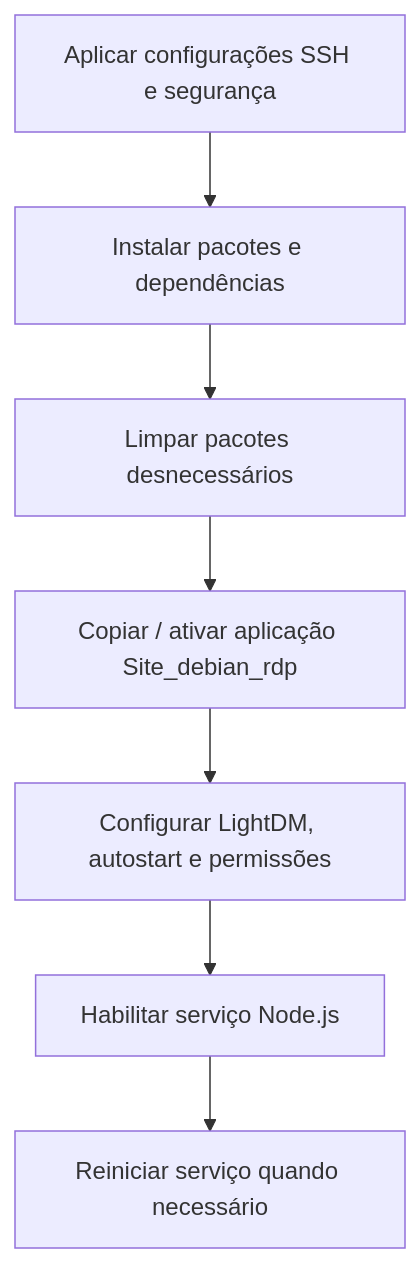
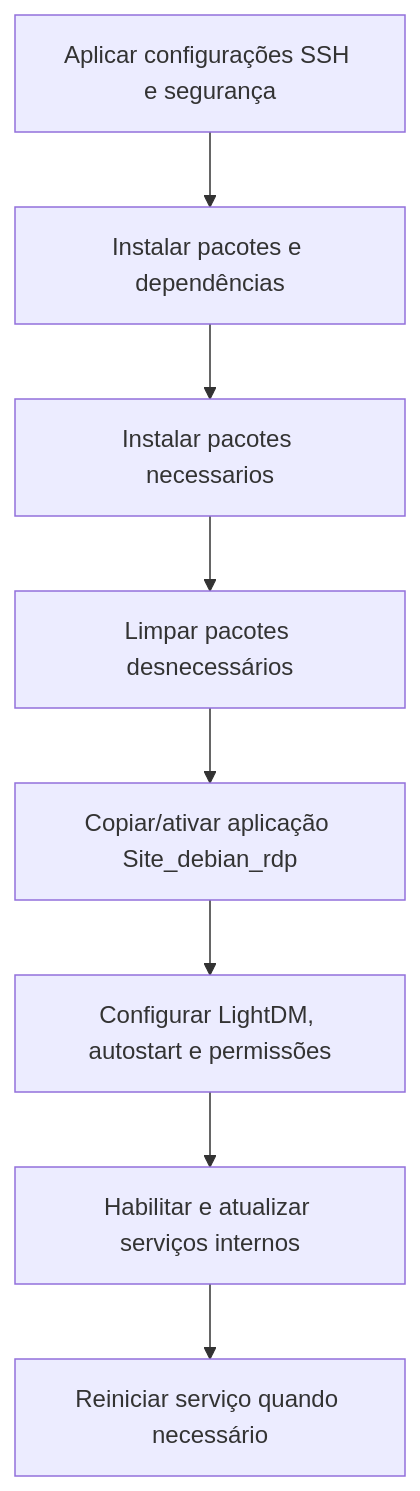
Before and after one commit to Theo-Panella/Project_AOC: the diagram in README.md, drawn with Mermaid.

Commit message:
Update flowchart steps in README.md

````diff
--- a/README.md
+++ b/README.md
@@ -41,9 +41,10 @@
 ```mermaid
 flowchart TD
     A[Aplicar configurações SSH e segurança] --> B[Instalar pacotes e dependências]
-    B --> C[Limpar pacotes desnecessários]
-    C --> D[Copiar / ativar aplicação Site_debian_rdp]
-    D --> E[Configurar LightDM, autostart e permissões]
-    E --> F[Habilitar serviço Node.js]
-    F --> G[Reiniciar serviço quando necessário]
+    B --> C[Instalar pacotes necessarios]
+    C --> D[Limpar pacotes desnecessários]
+    D --> E[Copiar/ativar aplicação Site_debian_rdp]
+    E --> F[Configurar LightDM, autostart e permissões]
+    F --> G[Habilitar e atualizar serviços internos]
+    G --> H[Reiniciar serviço quando necessário]
 ```
````
